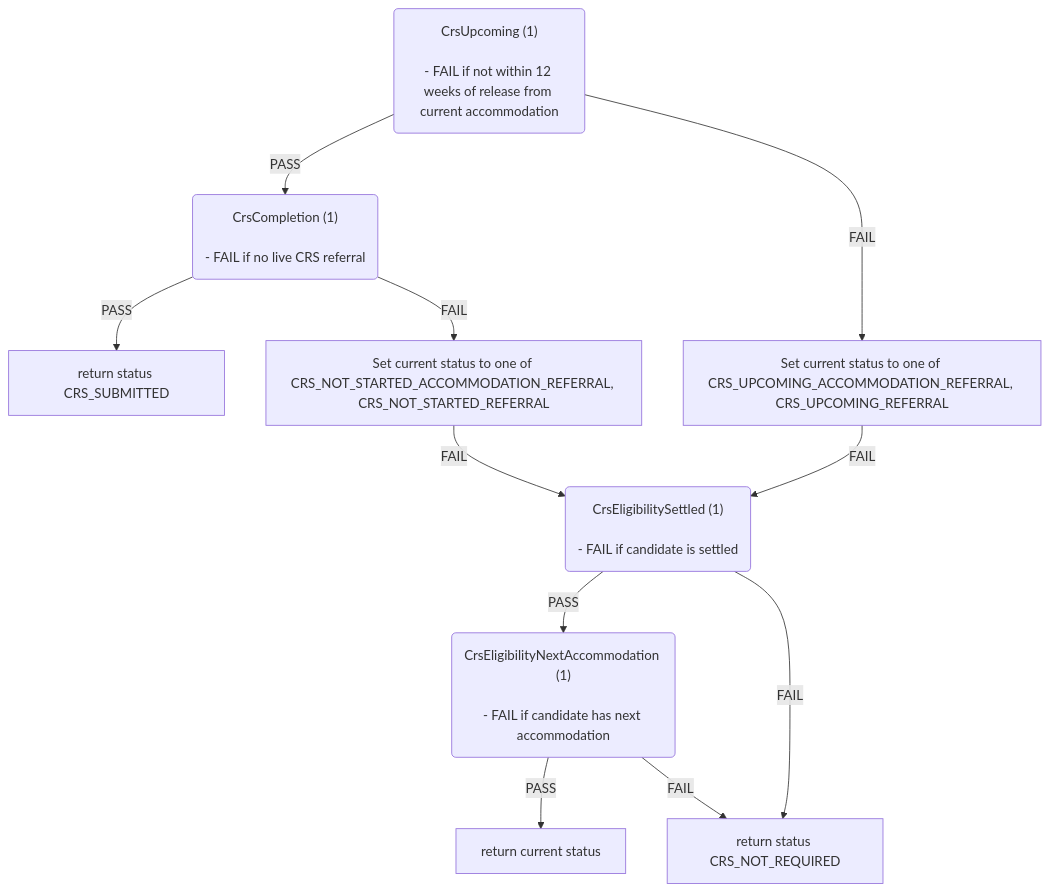
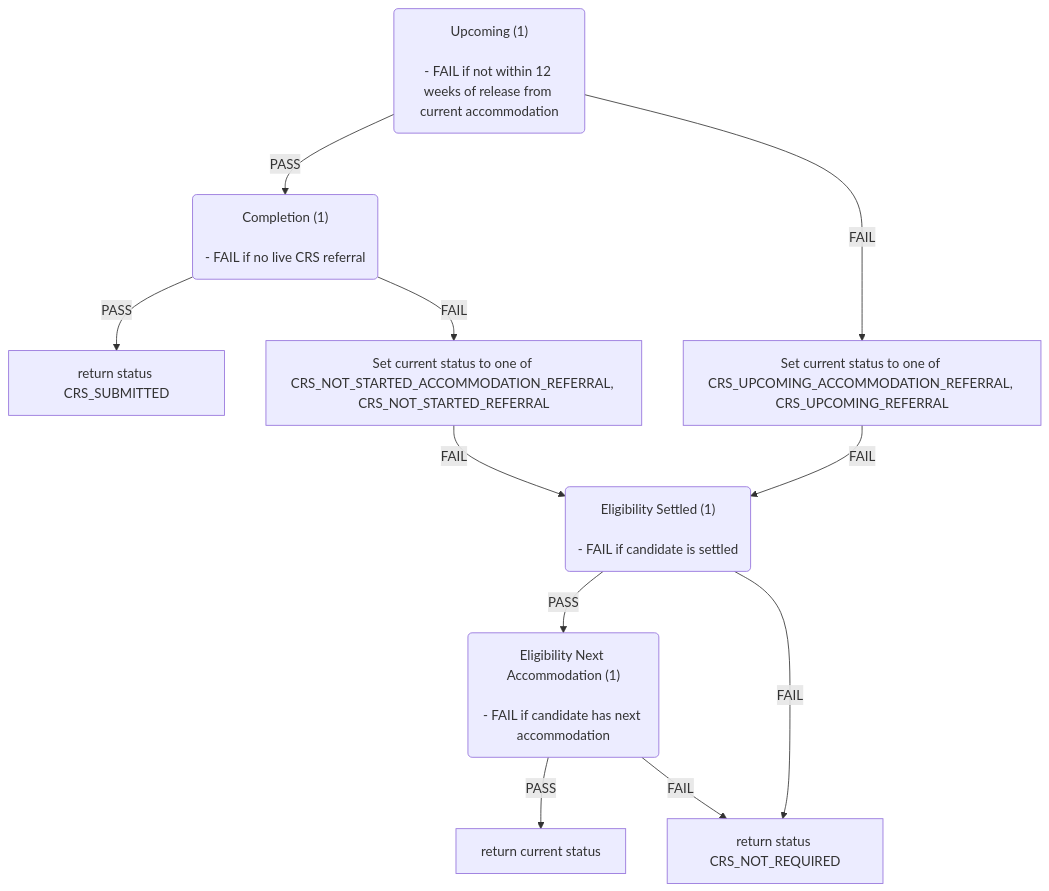
Before and after one commit to ministryofjustice/hmpps-single-accommodation-service-api: the fourth of 6 diagrams in docs/eligibility-rules-graph.md, drawn with Mermaid. The commit also changed other lines of this file and 41 other files, not shown here.

First line of the commit message:
Improve rules graph rule set labelling (#805)

````diff
--- a/docs/eligibility-rules-graph.md
+++ b/docs/eligibility-rules-graph.md
@@ -364,30 +364,30 @@
 ```mermaid
 flowchart TD
-  CrsUpcoming("CrsUpcoming (1)
+  Upcoming("Upcoming (1)
 
 - FAIL if not within 12 weeks of release from current accommodation")
-  CrsCompletion("CrsCompletion (1)
+  Completion("Completion (1)
 
 - FAIL if no live CRS referral")
   return_status_CRS_SUBMITTED["return status CRS_SUBMITTED"]
   Set_current_status_to_one_of_CRS_NOT_STARTED_ACCOMMODATION_REFERRAL__CRS_NOT_STARTED_REFERRAL["Set current status to one of CRS_NOT_STARTED_ACCOMMODATION_REFERRAL, CRS_NOT_STARTED_REFERRAL"]
-  CrsEligibilitySettled("CrsEligibilitySettled (1)
+  Eligibility_Settled("Eligibility Settled (1)
 
 - FAIL if candidate is settled")
-  CrsEligibilityNextAccommodation("CrsEligibilityNextAccommodation (1)
+  Eligibility_Next_Accommodation("Eligibility Next Accommodation (1)
 
 - FAIL if candidate has next accommodation")
   return_current_status["return current status"]
   return_status_CRS_NOT_REQUIRED["return status CRS_NOT_REQUIRED"]
   Set_current_status_to_one_of_CRS_UPCOMING_ACCOMMODATION_REFERRAL__CRS_UPCOMING_REFERRAL["Set current status to one of CRS_UPCOMING_ACCOMMODATION_REFERRAL, CRS_UPCOMING_REFERRAL"]
-  CrsCompletion -->|PASS| return_status_CRS_SUBMITTED
-  CrsCompletion -->|FAIL| Set_current_status_to_one_of_CRS_NOT_STARTED_ACCOMMODATION_REFERRAL__CRS_NOT_STARTED_REFERRAL
-  CrsEligibilityNextAccommodation -->|PASS| return_current_status
-  CrsEligibilityNextAccommodation -->|FAIL| return_status_CRS_NOT_REQUIRED
-  CrsEligibilitySettled -->|PASS| CrsEligibilityNextAccommodation
-  CrsEligibilitySettled -->|FAIL| return_status_CRS_NOT_REQUIRED
-  Set_current_status_to_one_of_CRS_NOT_STARTED_ACCOMMODATION_REFERRAL__CRS_NOT_STARTED_REFERRAL -->|FAIL| CrsEligibilitySettled
-  CrsUpcoming -->|PASS| CrsCompletion
-  CrsUpcoming -->|FAIL| Set_current_status_to_one_of_CRS_UPCOMING_ACCOMMODATION_REFERRAL__CRS_UPCOMING_REFERRAL
-  Set_current_status_to_one_of_CRS_UPCOMING_ACCOMMODATION_REFERRAL__CRS_UPCOMING_REFERRAL -->|FAIL| CrsEligibilitySettled
+  Completion -->|PASS| return_status_CRS_SUBMITTED
+  Completion -->|FAIL| Set_current_status_to_one_of_CRS_NOT_STARTED_ACCOMMODATION_REFERRAL__CRS_NOT_STARTED_REFERRAL
+  Eligibility_Next_Accommodation -->|PASS| return_current_status
+  Eligibility_Next_Accommodation -->|FAIL| return_status_CRS_NOT_REQUIRED
+  Eligibility_Settled -->|PASS| Eligibility_Next_Accommodation
+  Eligibility_Settled -->|FAIL| return_status_CRS_NOT_REQUIRED
+  Set_current_status_to_one_of_CRS_NOT_STARTED_ACCOMMODATION_REFERRAL__CRS_NOT_STARTED_REFERRAL -->|FAIL| Eligibility_Settled
+  Upcoming -->|PASS| Completion
+  Upcoming -->|FAIL| Set_current_status_to_one_of_CRS_UPCOMING_ACCOMMODATION_REFERRAL__CRS_UPCOMING_REFERRAL
+  Set_current_status_to_one_of_CRS_UPCOMING_ACCOMMODATION_REFERRAL__CRS_UPCOMING_REFERRAL -->|FAIL| Eligibility_Settled
 ```
````
